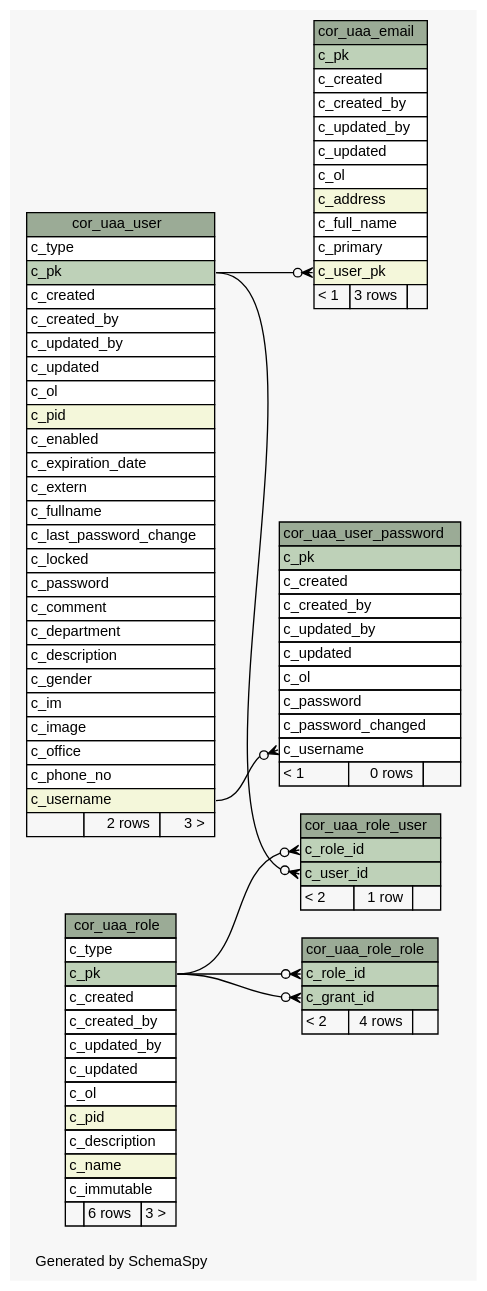
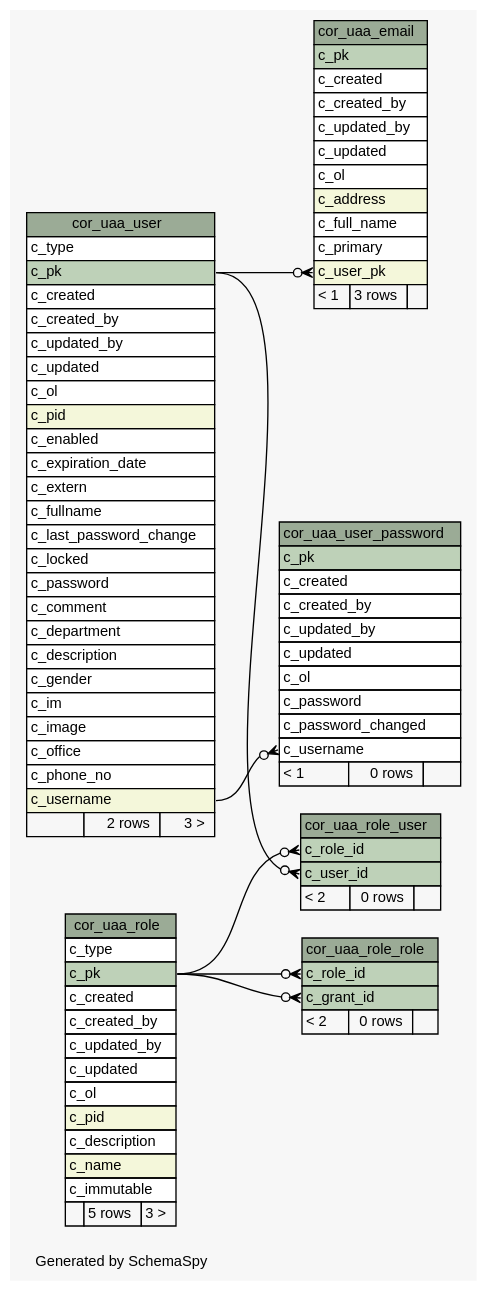
The diagram in 2.0.0-SNAPSHOT/schemaspy/diagrams/summary/relationships.real.large.dot (openwms/org.openwms.core.uaa), drawn with Graphviz before and after one commit. The commit also changed 424 other files, not shown here.

```diff
--- a/2.0.0-SNAPSHOT/schemaspy/diagrams/summary/relationships.real.large.dot
+++ b/2.0.0-SNAPSHOT/schemaspy/diagrams/summary/relationships.real.large.dot
@@ -1,140 +1,140 @@
 // dot 2.43.0 on Linux 5.15.0-1022-azure
 // SchemaSpy rev Unknown
 digraph "largeRelationshipsDiagram" {
   graph [
     rankdir="RL"
     bgcolor="#f7f7f7"
     label="\nGenerated by SchemaSpy"
     labeljust="l"
     nodesep="0.18"
     ranksep="0.46"
     fontname="Helvetica"
     fontsize="11"
   ];
   node [
     fontname="Helvetica"
     fontsize="11"
     shape="plaintext"
   ];
   edge [
     arrowsize="0.8"
   ];
   "cor_uaa_email" [
     label=<
     <TABLE BORDER="0" CELLBORDER="1" CELLSPACING="0" BGCOLOR="#ffffff">
       <TR><TD COLSPAN="3" BGCOLOR="#9bab96" ALIGN="CENTER">cor_uaa_email</TD></TR>
       <TR><TD PORT="c_pk" COLSPAN="3" BGCOLOR="#bed1b8" ALIGN="LEFT">c_pk</TD></TR>
       <TR><TD PORT="c_created" COLSPAN="3" ALIGN="LEFT">c_created</TD></TR>
       <TR><TD PORT="c_created_by" COLSPAN="3" ALIGN="LEFT">c_created_by</TD></TR>
       <TR><TD PORT="c_updated_by" COLSPAN="3" ALIGN="LEFT">c_updated_by</TD></TR>
       <TR><TD PORT="c_updated" COLSPAN="3" ALIGN="LEFT">c_updated</TD></TR>
       <TR><TD PORT="c_ol" COLSPAN="3" ALIGN="LEFT">c_ol</TD></TR>
       <TR><TD PORT="c_address" COLSPAN="3" BGCOLOR="#f4f7da" ALIGN="LEFT">c_address</TD></TR>
       <TR><TD PORT="c_full_name" COLSPAN="3" ALIGN="LEFT">c_full_name</TD></TR>
       <TR><TD PORT="c_primary" COLSPAN="3" ALIGN="LEFT">c_primary</TD></TR>
       <TR><TD PORT="c_user_pk" COLSPAN="3" BGCOLOR="#f4f7da" ALIGN="LEFT">c_user_pk</TD></TR>
       <TR><TD ALIGN="LEFT" BGCOLOR="#f7f7f7">&lt; 1</TD><TD ALIGN="RIGHT" BGCOLOR="#f7f7f7">3 rows</TD><TD ALIGN="RIGHT" BGCOLOR="#f7f7f7">  </TD></TR>
     </TABLE>>
     URL="tables/cor_uaa_email.html"
     tooltip="cor_uaa_email"
   ];
   "cor_uaa_role" [
     label=<
     <TABLE BORDER="0" CELLBORDER="1" CELLSPACING="0" BGCOLOR="#ffffff">
       <TR><TD COLSPAN="3" BGCOLOR="#9bab96" ALIGN="CENTER">cor_uaa_role</TD></TR>
       <TR><TD PORT="c_type" COLSPAN="3" ALIGN="LEFT">c_type</TD></TR>
       <TR><TD PORT="c_pk" COLSPAN="3" BGCOLOR="#bed1b8" ALIGN="LEFT">c_pk</TD></TR>
       <TR><TD PORT="c_created" COLSPAN="3" ALIGN="LEFT">c_created</TD></TR>
       <TR><TD PORT="c_created_by" COLSPAN="3" ALIGN="LEFT">c_created_by</TD></TR>
       <TR><TD PORT="c_updated_by" COLSPAN="3" ALIGN="LEFT">c_updated_by</TD></TR>
       <TR><TD PORT="c_updated" COLSPAN="3" ALIGN="LEFT">c_updated</TD></TR>
       <TR><TD PORT="c_ol" COLSPAN="3" ALIGN="LEFT">c_ol</TD></TR>
       <TR><TD PORT="c_pid" COLSPAN="3" BGCOLOR="#f4f7da" ALIGN="LEFT">c_pid</TD></TR>
       <TR><TD PORT="c_description" COLSPAN="3" ALIGN="LEFT">c_description</TD></TR>
       <TR><TD PORT="c_name" COLSPAN="3" BGCOLOR="#f4f7da" ALIGN="LEFT">c_name</TD></TR>
       <TR><TD PORT="c_immutable" COLSPAN="3" ALIGN="LEFT">c_immutable</TD></TR>
-      <TR><TD ALIGN="LEFT" BGCOLOR="#f7f7f7">  </TD><TD ALIGN="RIGHT" BGCOLOR="#f7f7f7">6 rows</TD><TD ALIGN="RIGHT" BGCOLOR="#f7f7f7">3 &gt;</TD></TR>
+      <TR><TD ALIGN="LEFT" BGCOLOR="#f7f7f7">  </TD><TD ALIGN="RIGHT" BGCOLOR="#f7f7f7">5 rows</TD><TD ALIGN="RIGHT" BGCOLOR="#f7f7f7">3 &gt;</TD></TR>
     </TABLE>>
     URL="tables/cor_uaa_role.html"
     tooltip="cor_uaa_role"
   ];
   "cor_uaa_role_role" [
     label=<
     <TABLE BORDER="0" CELLBORDER="1" CELLSPACING="0" BGCOLOR="#ffffff">
       <TR><TD COLSPAN="3" BGCOLOR="#9bab96" ALIGN="CENTER">cor_uaa_role_role</TD></TR>
       <TR><TD PORT="c_role_id" COLSPAN="3" BGCOLOR="#bed1b8" ALIGN="LEFT">c_role_id</TD></TR>
       <TR><TD PORT="c_grant_id" COLSPAN="3" BGCOLOR="#bed1b8" ALIGN="LEFT">c_grant_id</TD></TR>
-      <TR><TD ALIGN="LEFT" BGCOLOR="#f7f7f7">&lt; 2</TD><TD ALIGN="RIGHT" BGCOLOR="#f7f7f7">4 rows</TD><TD ALIGN="RIGHT" BGCOLOR="#f7f7f7">  </TD></TR>
+      <TR><TD ALIGN="LEFT" BGCOLOR="#f7f7f7">&lt; 2</TD><TD ALIGN="RIGHT" BGCOLOR="#f7f7f7">0 rows</TD><TD ALIGN="RIGHT" BGCOLOR="#f7f7f7">  </TD></TR>
     </TABLE>>
     URL="tables/cor_uaa_role_role.html"
     tooltip="cor_uaa_role_role"
   ];
   "cor_uaa_role_user" [
     label=<
     <TABLE BORDER="0" CELLBORDER="1" CELLSPACING="0" BGCOLOR="#ffffff">
       <TR><TD COLSPAN="3" BGCOLOR="#9bab96" ALIGN="CENTER">cor_uaa_role_user</TD></TR>
       <TR><TD PORT="c_role_id" COLSPAN="3" BGCOLOR="#bed1b8" ALIGN="LEFT">c_role_id</TD></TR>
       <TR><TD PORT="c_user_id" COLSPAN="3" BGCOLOR="#bed1b8" ALIGN="LEFT">c_user_id</TD></TR>
-      <TR><TD ALIGN="LEFT" BGCOLOR="#f7f7f7">&lt; 2</TD><TD ALIGN="RIGHT" BGCOLOR="#f7f7f7">1 row</TD><TD ALIGN="RIGHT" BGCOLOR="#f7f7f7">  </TD></TR>
+      <TR><TD ALIGN="LEFT" BGCOLOR="#f7f7f7">&lt; 2</TD><TD ALIGN="RIGHT" BGCOLOR="#f7f7f7">0 rows</TD><TD ALIGN="RIGHT" BGCOLOR="#f7f7f7">  </TD></TR>
     </TABLE>>
     URL="tables/cor_uaa_role_user.html"
     tooltip="cor_uaa_role_user"
   ];
   "cor_uaa_user" [
     label=<
     <TABLE BORDER="0" CELLBORDER="1" CELLSPACING="0" BGCOLOR="#ffffff">
       <TR><TD COLSPAN="3" BGCOLOR="#9bab96" ALIGN="CENTER">cor_uaa_user</TD></TR>
       <TR><TD PORT="c_type" COLSPAN="3" ALIGN="LEFT">c_type</TD></TR>
       <TR><TD PORT="c_pk" COLSPAN="3" BGCOLOR="#bed1b8" ALIGN="LEFT">c_pk</TD></TR>
       <TR><TD PORT="c_created" COLSPAN="3" ALIGN="LEFT">c_created</TD></TR>
       <TR><TD PORT="c_created_by" COLSPAN="3" ALIGN="LEFT">c_created_by</TD></TR>
       <TR><TD PORT="c_updated_by" COLSPAN="3" ALIGN="LEFT">c_updated_by</TD></TR>
       <TR><TD PORT="c_updated" COLSPAN="3" ALIGN="LEFT">c_updated</TD></TR>
       <TR><TD PORT="c_ol" COLSPAN="3" ALIGN="LEFT">c_ol</TD></TR>
       <TR><TD PORT="c_pid" COLSPAN="3" BGCOLOR="#f4f7da" ALIGN="LEFT">c_pid</TD></TR>
       <TR><TD PORT="c_enabled" COLSPAN="3" ALIGN="LEFT">c_enabled</TD></TR>
       <TR><TD PORT="c_expiration_date" COLSPAN="3" ALIGN="LEFT">c_expiration_date</TD></TR>
       <TR><TD PORT="c_extern" COLSPAN="3" ALIGN="LEFT">c_extern</TD></TR>
       <TR><TD PORT="c_fullname" COLSPAN="3" ALIGN="LEFT">c_fullname</TD></TR>
       <TR><TD PORT="c_last_password_change" COLSPAN="3" ALIGN="LEFT">c_last_password_change</TD></TR>
       <TR><TD PORT="c_locked" COLSPAN="3" ALIGN="LEFT">c_locked</TD></TR>
       <TR><TD PORT="c_password" COLSPAN="3" ALIGN="LEFT">c_password</TD></TR>
       <TR><TD PORT="c_comment" COLSPAN="3" ALIGN="LEFT">c_comment</TD></TR>
       <TR><TD PORT="c_department" COLSPAN="3" ALIGN="LEFT">c_department</TD></TR>
       <TR><TD PORT="c_description" COLSPAN="3" ALIGN="LEFT">c_description</TD></TR>
       <TR><TD PORT="c_gender" COLSPAN="3" ALIGN="LEFT">c_gender</TD></TR>
       <TR><TD PORT="c_im" COLSPAN="3" ALIGN="LEFT">c_im</TD></TR>
       <TR><TD PORT="c_image" COLSPAN="3" ALIGN="LEFT">c_image</TD></TR>
       <TR><TD PORT="c_office" COLSPAN="3" ALIGN="LEFT">c_office</TD></TR>
       <TR><TD PORT="c_phone_no" COLSPAN="3" ALIGN="LEFT">c_phone_no</TD></TR>
       <TR><TD PORT="c_username" COLSPAN="3" BGCOLOR="#f4f7da" ALIGN="LEFT">c_username</TD></TR>
       <TR><TD ALIGN="LEFT" BGCOLOR="#f7f7f7">  </TD><TD ALIGN="RIGHT" BGCOLOR="#f7f7f7">2 rows</TD><TD ALIGN="RIGHT" BGCOLOR="#f7f7f7">3 &gt;</TD></TR>
     </TABLE>>
     URL="tables/cor_uaa_user.html"
     tooltip="cor_uaa_user"
   ];
   "cor_uaa_user_password" [
     label=<
     <TABLE BORDER="0" CELLBORDER="1" CELLSPACING="0" BGCOLOR="#ffffff">
       <TR><TD COLSPAN="3" BGCOLOR="#9bab96" ALIGN="CENTER">cor_uaa_user_password</TD></TR>
       <TR><TD PORT="c_pk" COLSPAN="3" BGCOLOR="#bed1b8" ALIGN="LEFT">c_pk</TD></TR>
       <TR><TD PORT="c_created" COLSPAN="3" ALIGN="LEFT">c_created</TD></TR>
       <TR><TD PORT="c_created_by" COLSPAN="3" ALIGN="LEFT">c_created_by</TD></TR>
       <TR><TD PORT="c_updated_by" COLSPAN="3" ALIGN="LEFT">c_updated_by</TD></TR>
       <TR><TD PORT="c_updated" COLSPAN="3" ALIGN="LEFT">c_updated</TD></TR>
       <TR><TD PORT="c_ol" COLSPAN="3" ALIGN="LEFT">c_ol</TD></TR>
       <TR><TD PORT="c_password" COLSPAN="3" ALIGN="LEFT">c_password</TD></TR>
       <TR><TD PORT="c_password_changed" COLSPAN="3" ALIGN="LEFT">c_password_changed</TD></TR>
       <TR><TD PORT="c_username" COLSPAN="3" ALIGN="LEFT">c_username</TD></TR>
       <TR><TD ALIGN="LEFT" BGCOLOR="#f7f7f7">&lt; 1</TD><TD ALIGN="RIGHT" BGCOLOR="#f7f7f7">0 rows</TD><TD ALIGN="RIGHT" BGCOLOR="#f7f7f7">  </TD></TR>
     </TABLE>>
     URL="tables/cor_uaa_user_password.html"
     tooltip="cor_uaa_user_password"
   ];
   "cor_uaa_email":"c_user_pk":w -> "cor_uaa_user":"c_pk":e [arrowhead=none dir=back arrowtail=crowodot];
   "cor_uaa_role_role":"c_grant_id":w -> "cor_uaa_role":"c_pk":e [arrowhead=none dir=back arrowtail=crowodot];
   "cor_uaa_role_role":"c_role_id":w -> "cor_uaa_role":"c_pk":e [arrowhead=none dir=back arrowtail=crowodot];
   "cor_uaa_role_user":"c_role_id":w -> "cor_uaa_role":"c_pk":e [arrowhead=none dir=back arrowtail=crowodot];
   "cor_uaa_role_user":"c_user_id":w -> "cor_uaa_user":"c_pk":e [arrowhead=none dir=back arrowtail=crowodot];
   "cor_uaa_user_password":"c_username":w -> "cor_uaa_user":"c_username":e [arrowhead=none dir=back arrowtail=crowodot];
 }
```
